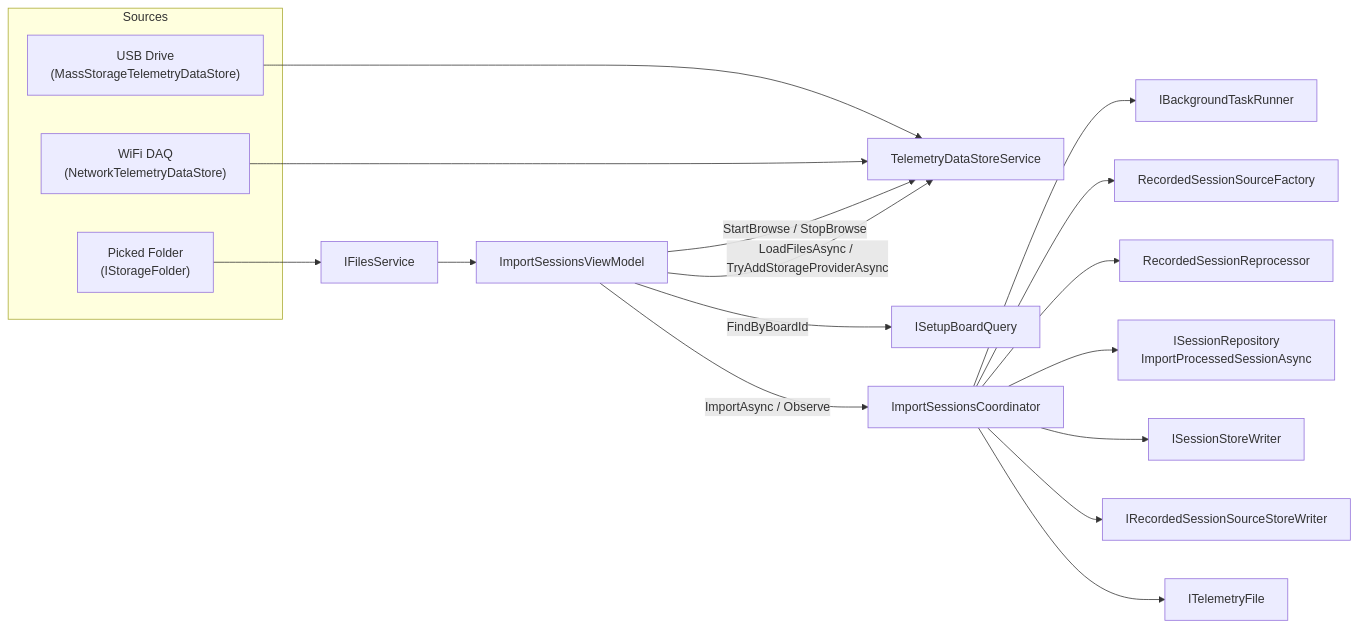
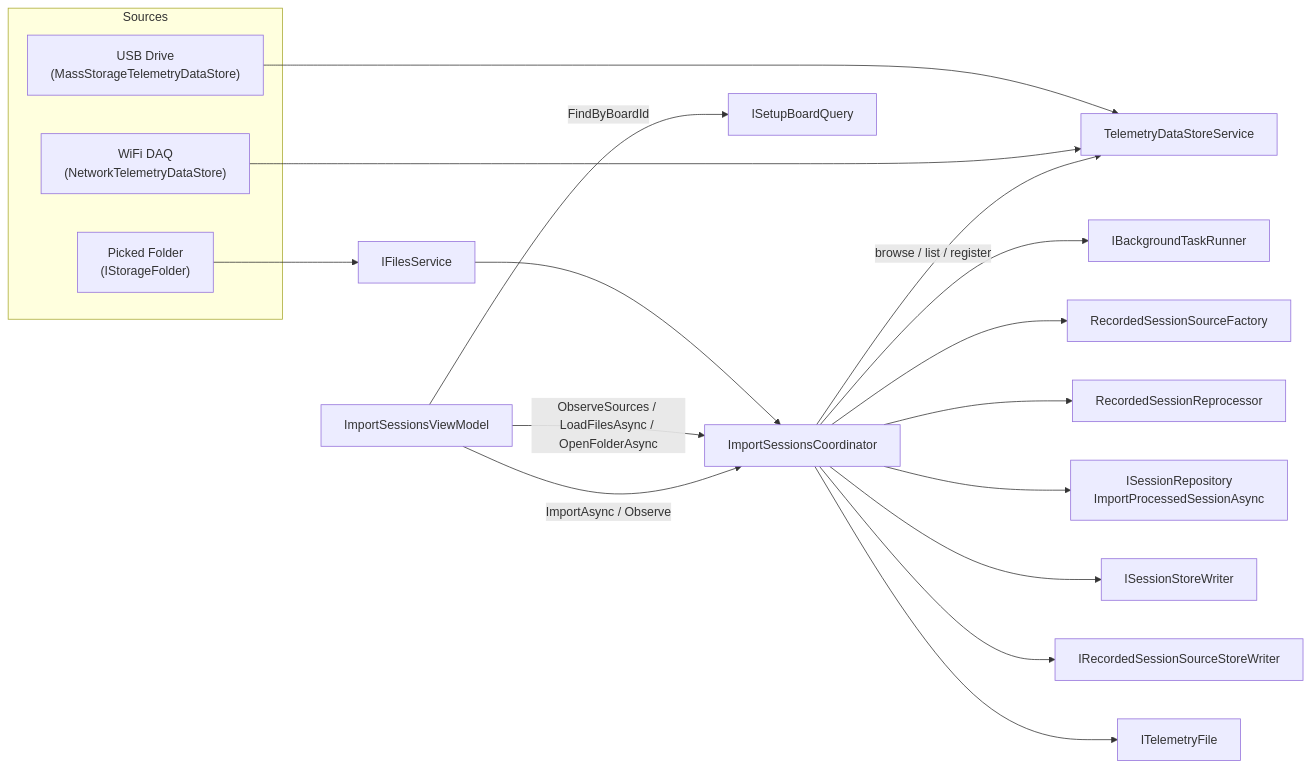
One commit to MoridinBG/Sufni.app changed the first of 2 diagrams in docs/architecture/acquisition.md. Above: the diagram before and after it, drawn with Mermaid. The commit also changed other lines of this file and 38 other files, not shown here.

Commit message:
Own import browsing listing and folder workflows in the coordinator

````diff
--- a/docs/architecture/acquisition.md
+++ b/docs/architecture/acquisition.md
@@ -9,24 +9,24 @@
 ```mermaid
 graph LR
     subgraph Sources
         USB["USB Drive<br/>(MassStorageTelemetryDataStore)"]
         WiFi["WiFi DAQ<br/>(NetworkTelemetryDataStore)"]
         Picker["Picked Folder<br/>(IStorageFolder)"]
     end
 
     Picker --> Files["IFilesService"]
     USB --> DSS["TelemetryDataStoreService"]
     WiFi --> DSS
-    Files --> Import["ImportSessionsViewModel"]
-    Import -->|"StartBrowse / StopBrowse"| DSS
-    Import -->|"LoadFilesAsync / TryAddStorageProviderAsync"| DSS
+    Files --> Coord
+    Import["ImportSessionsViewModel"] -->|"ObserveSources / LoadFilesAsync / OpenFolderAsync"| Coord
+    Coord -->|"browse / list / register"| DSS
     Import -->|"FindByBoardId"| SetupQuery["ISetupBoardQuery"]
     Import -->|"ImportAsync / Observe"| Coord["ImportSessionsCoordinator"]
     Coord --> Runner["IBackgroundTaskRunner"]
     Coord --> SourceFactory["RecordedSessionSourceFactory"]
     Coord --> Reprocessor["RecordedSessionReprocessor"]
     Coord --> Repo["ISessionRepository<br/>ImportProcessedSessionAsync"]
     Coord --> SessionStore["ISessionStoreWriter"]
     Coord --> SourceStore["IRecordedSessionSourceStoreWriter"]
     Coord --> TelemetryFile["ITelemetryFile"]
 ```
````
